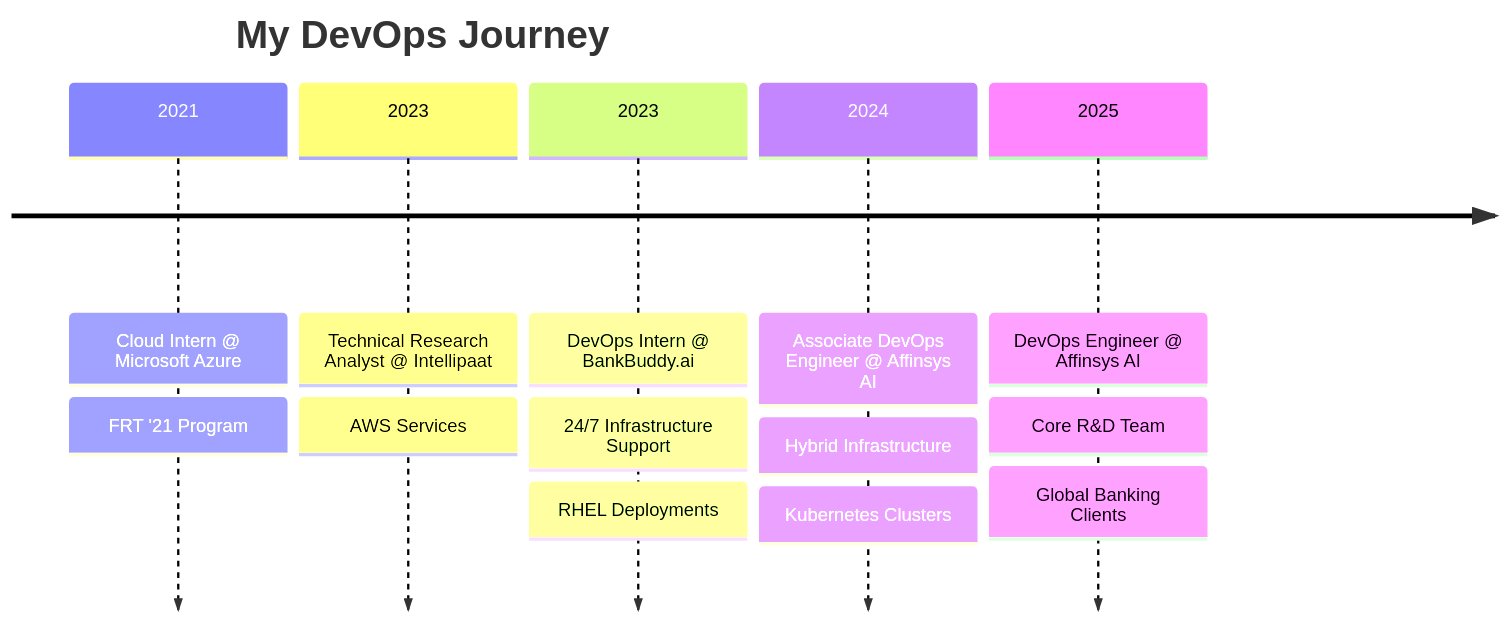
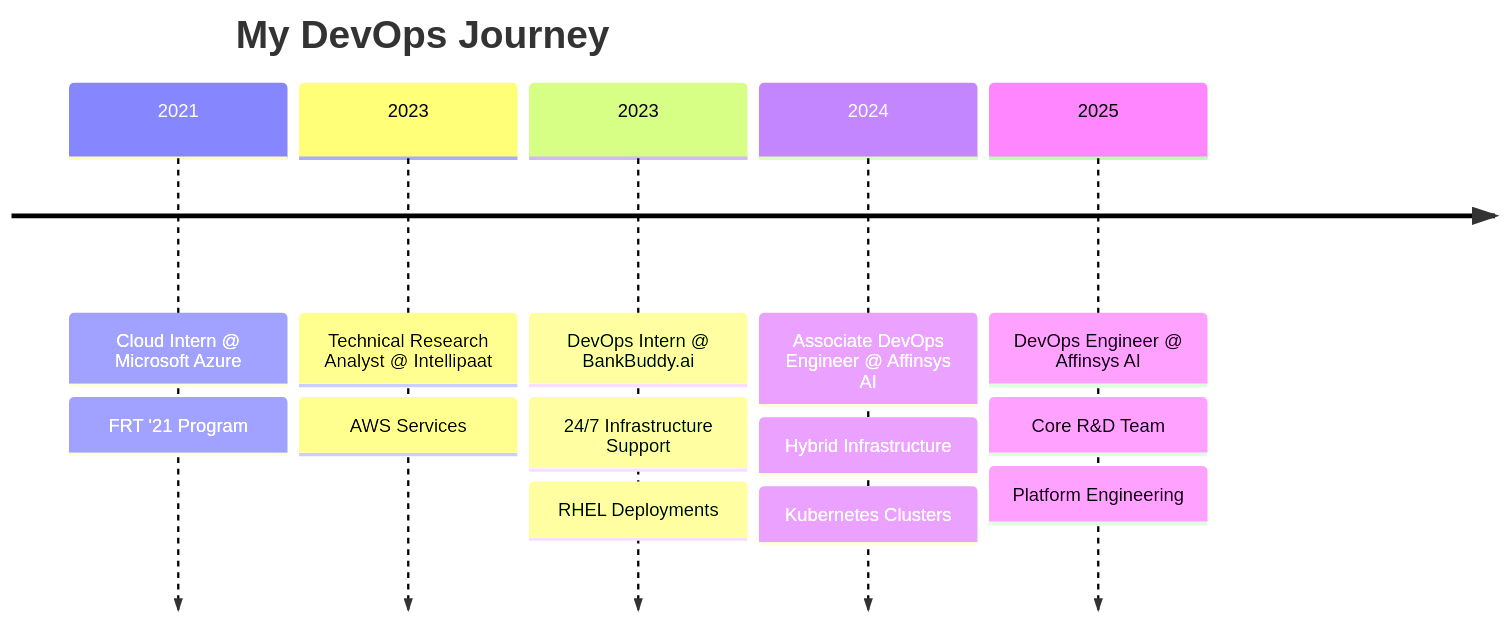
Before and after one commit to jayeshctl/jayeshctl: the diagram in README.md, drawn with Mermaid. The commit also changed other lines of this file, not shown here.

````diff
--- a/README.md
+++ b/README.md
@@ -153,17 +153,17 @@
 ```mermaid
 timeline
     title My DevOps Journey
     2021 : Cloud Intern @ Microsoft Azure
          : FRT '21 Program
     2023 : Technical Research Analyst @ Intellipaat
          : AWS Services
     2023 : DevOps Intern @ BankBuddy.ai
          : 24/7 Infrastructure Support
          : RHEL Deployments
     2024 : Associate DevOps Engineer @ Affinsys AI
          : Hybrid Infrastructure
          : Kubernetes Clusters
     2025 : DevOps Engineer @ Affinsys AI
          : Core R&D Team
-         : Global Banking Clients
+         : Platform Engineering
 ```
````
